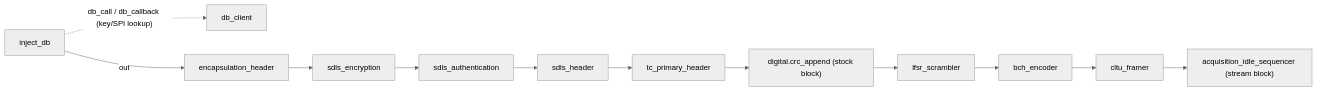
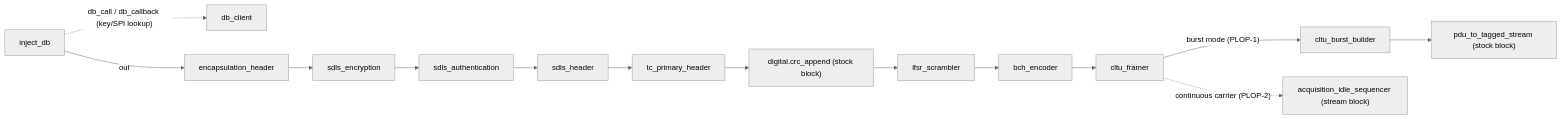
The first of 2 diagrams in docs/architecture.md (aris-space/soarr-groundstation-gnuradio), drawn with Mermaid (neutral theme) before and after one commit. The commit also changed other lines of this file and 16 other files, not shown here.

First line of the commit message:
feat(cltu_burst_builder): send each CLTU as its own PLOP-1 burst

````diff
--- a/docs/architecture.md
+++ b/docs/architecture.md
@@ -27,27 +27,31 @@
 ```mermaid
 flowchart LR
     dbClient["db_client"]
     Injectdb["inject_db"]
     encapsulationHeader["encapsulation_header"]
     sdlsEncryption["sdls_encryption"]
     sdlsAuthentication["sdls_authentication"]
     sdlsHeader["sdls_header"]
     tcPrimaryHeader["tc_primary_header"]
     crcAppend["digital.crc_append (stock block)"]
     lfsrScrambler["lfsr_scrambler"]
     bchEncoder["bch_encoder"]
     cltuFramer["cltu_framer"]
+    burstBuilder["cltu_burst_builder"]
+    pduToStream["pdu_to_tagged_stream (stock block)"]
     aqusitionIdleSequencer["acquisition_idle_sequencer (stream block)"]
 
     Injectdb -. "db_call / db_callback (key/SPI lookup)" .-> dbClient
     Injectdb -- out --> encapsulationHeader
     encapsulationHeader --> sdlsEncryption
     sdlsEncryption --> sdlsAuthentication
     sdlsAuthentication --> sdlsHeader
     sdlsHeader --> tcPrimaryHeader
     tcPrimaryHeader --> crcAppend
     crcAppend --> lfsrScrambler
     lfsrScrambler --> bchEncoder
     bchEncoder --> cltuFramer
-    cltuFramer --> aqusitionIdleSequencer
+    cltuFramer -- "burst mode (PLOP-1)" --> burstBuilder
+    burstBuilder --> pduToStream
+    cltuFramer -. "continuous carrier (PLOP-2)" .-> aqusitionIdleSequencer
 ```
````
